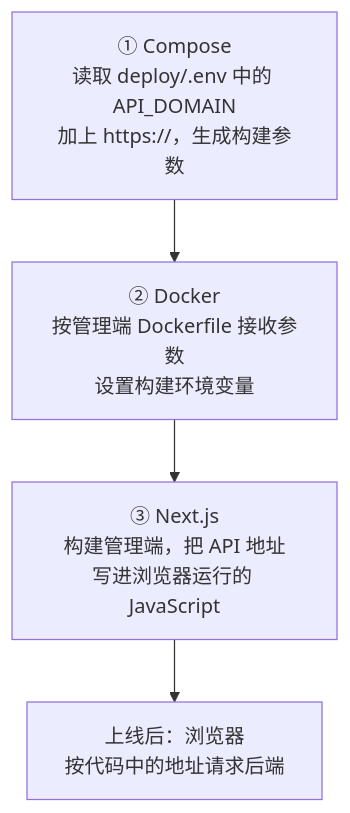
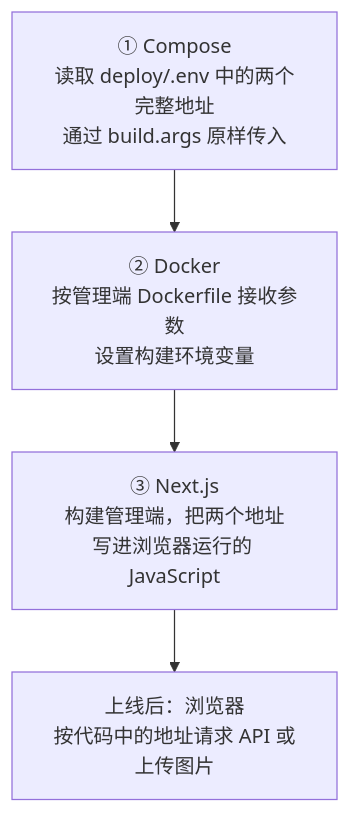
One commit to jiajianhui/learning-notes changed the seventh of 9 diagrams in backend/backend-system-learning/20A-用宝塔和Docker-Compose部署MiniCMS.md. Above: the diagram before and after it, drawn with Mermaid. The commit also changed other lines of this file and 2 other files, not shown here.

Commit message:
docs: 统一管理端API与图片上传地址配置; 由AI提交🌟

````diff
--- a/backend/backend-system-learning/20A-用宝塔和Docker-Compose部署MiniCMS.md
+++ b/backend/backend-system-learning/20A-用宝塔和Docker-Compose部署MiniCMS.md
@@ -559,8 +561,8 @@
 ```mermaid
 flowchart TD
-    C["① Compose<br/>读取 deploy/.env 中的 API_DOMAIN<br/>加上 https://，生成构建参数"]
+    C["① Compose<br/>读取 deploy/.env 中的两个完整地址<br/>通过 build.args 原样传入"]
     D["② Docker<br/>按管理端 Dockerfile 接收参数<br/>设置构建环境变量"]
-    N["③ Next.js<br/>构建管理端，把 API 地址<br/>写进浏览器运行的 JavaScript"]
-    B["上线后：浏览器<br/>按代码中的地址请求后端"]
+    N["③ Next.js<br/>构建管理端，把两个地址<br/>写进浏览器运行的 JavaScript"]
+    B["上线后：浏览器<br/>按代码中的地址请求 API 或上传图片"]
     C --> D --> N --> B
 ```
````
